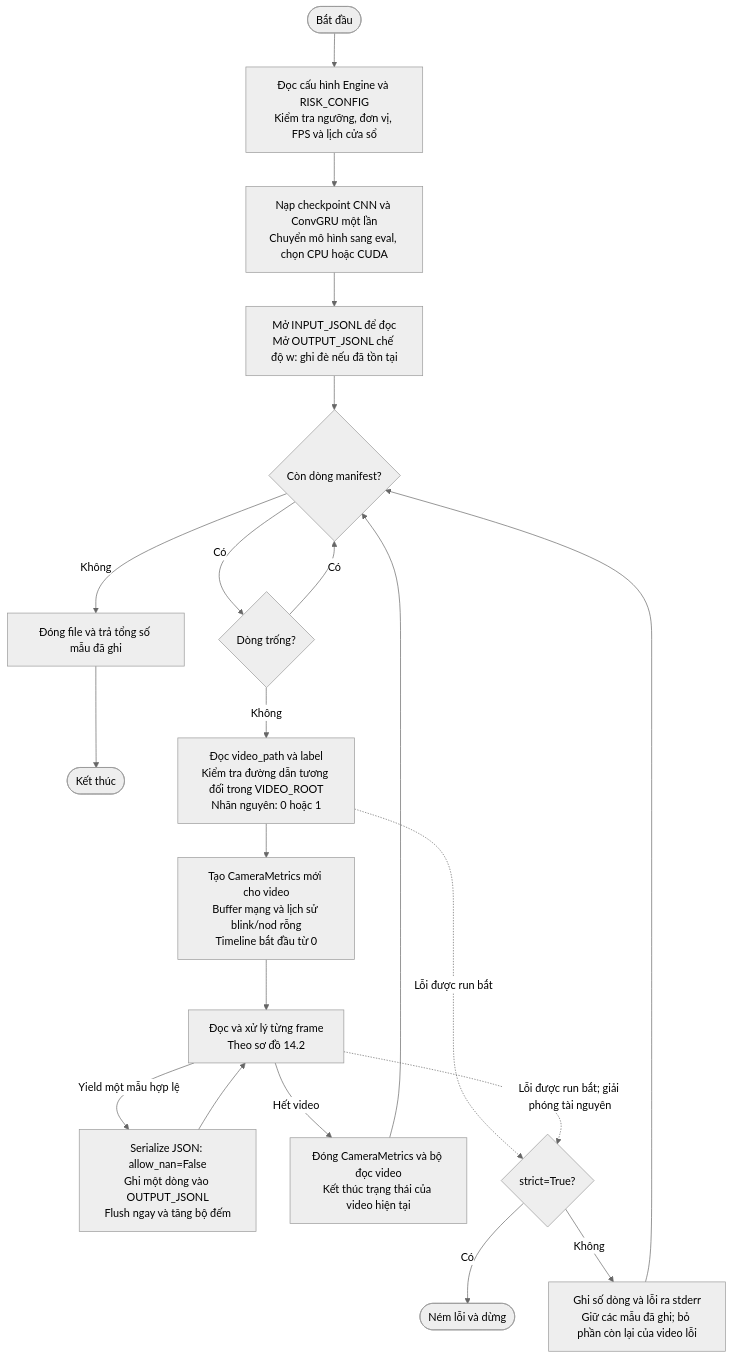
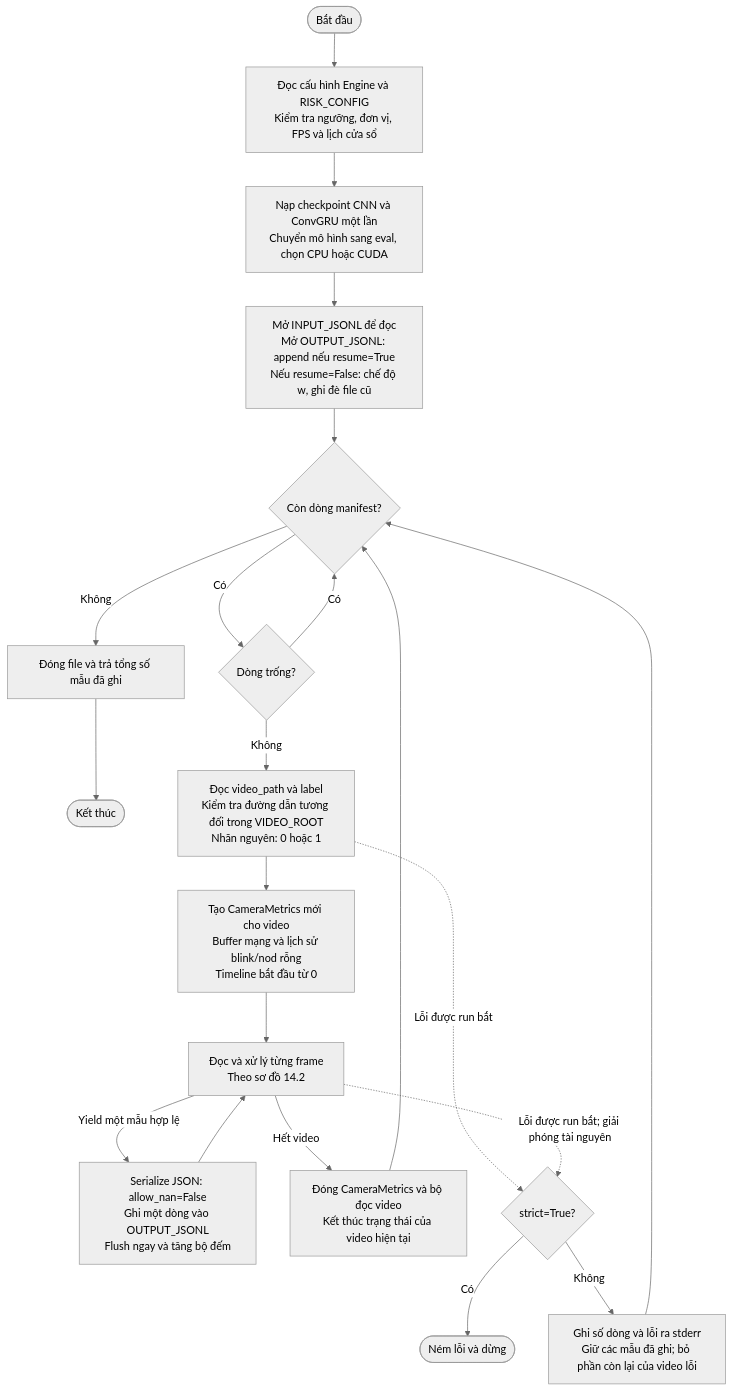
Before and after one commit to minh4bys2-non/driver-guardian: the fourth of 7 diagrams in ai/OptimalAlgorithsm/DataSystem/README.md, drawn with Mermaid (neutral theme). The commit also changed other lines of this file and 3 other files, not shown here.

````diff
--- a/ai/OptimalAlgorithsm/DataSystem/README.md
+++ b/ai/OptimalAlgorithsm/DataSystem/README.md
@@ -433,23 +433,23 @@
 ```mermaid
 flowchart TD
     START([Bắt đầu]) --> CFG["Đọc cấu hình Engine và RISK_CONFIG<br/>Kiểm tra ngưỡng, đơn vị, FPS và lịch cửa sổ"]
     CFG --> MODEL["Nạp checkpoint CNN và ConvGRU một lần<br/>Chuyển mô hình sang eval, chọn CPU hoặc CUDA"]
-    MODEL --> FILES["Mở INPUT_JSONL để đọc<br/>Mở OUTPUT_JSONL chế độ w: ghi đè nếu đã tồn tại"]
+    MODEL --> FILES["Mở INPUT_JSONL để đọc<br/>Mở OUTPUT_JSONL: append nếu resume=True<br/>Nếu resume=False: chế độ w, ghi đè file cũ"]
     FILES --> LINE{"Còn dòng manifest?"}
     LINE -->|Không| FINISH["Đóng file và trả tổng số mẫu đã ghi"]
     FINISH --> END([Kết thúc])
     LINE -->|Có| BLANK{"Dòng trống?"}
     BLANK -->|Có| LINE
     BLANK -->|Không| PARSE["Đọc video_path và label<br/>Kiểm tra đường dẫn tương đối trong VIDEO_ROOT<br/>Nhãn nguyên: 0 hoặc 1"]
     PARSE --> INIT["Tạo CameraMetrics mới cho video<br/>Buffer mạng và lịch sử blink/nod rỗng<br/>Timeline bắt đầu từ 0"]
     INIT --> STREAM["Đọc và xử lý từng frame<br/>Theo sơ đồ 14.2"]
     STREAM -->|Yield một mẫu hợp lệ| WRITE["Serialize JSON: allow_nan=False<br/>Ghi một dòng vào OUTPUT_JSONL<br/>Flush ngay và tăng bộ đếm"]
     WRITE --> STREAM
     STREAM -->|Hết video| CLOSE["Đóng CameraMetrics và bộ đọc video<br/>Kết thúc trạng thái của video hiện tại"]
     CLOSE --> LINE
     PARSE -.->|Lỗi được run bắt| ERROR{"strict=True?"}
     STREAM -.->|Lỗi được run bắt; giải phóng tài nguyên| ERROR
     ERROR -->|Có| STOP([Ném lỗi và dừng])
     ERROR -->|Không| LOG["Ghi số dòng và lỗi ra stderr<br/>Giữ các mẫu đã ghi; bỏ phần còn lại của video lỗi"]
     LOG --> LINE
 ```
````
